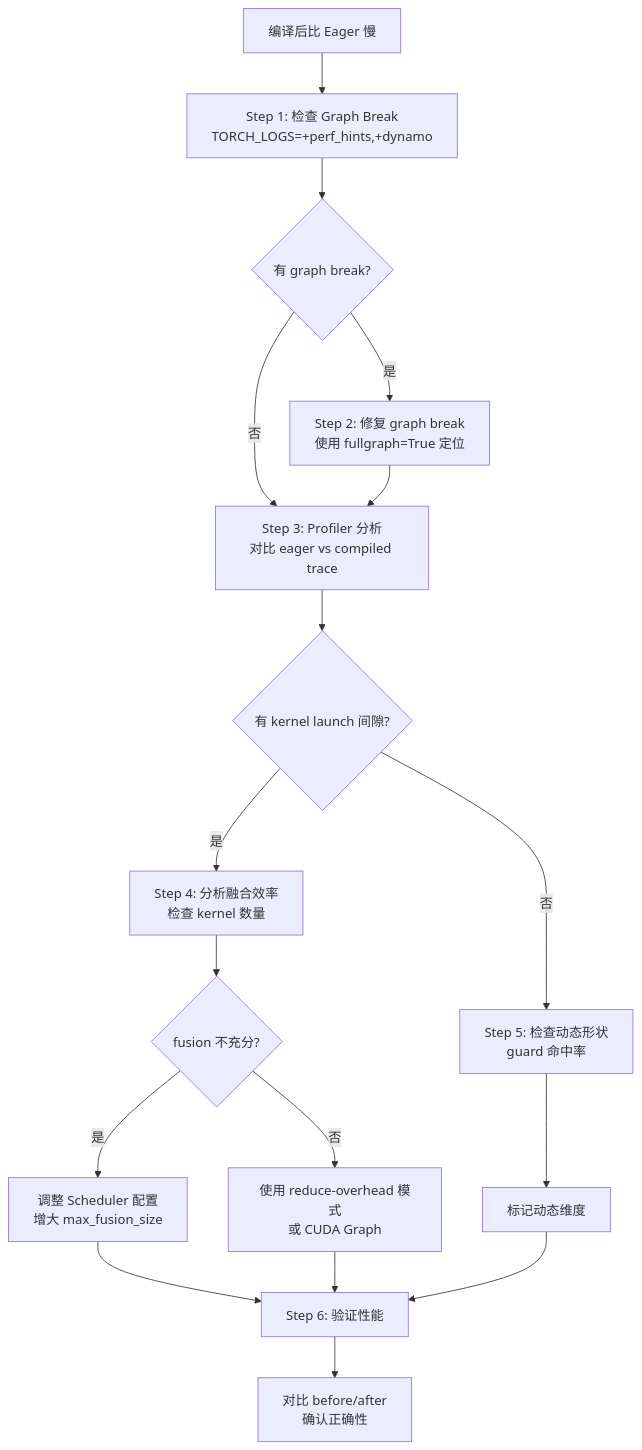
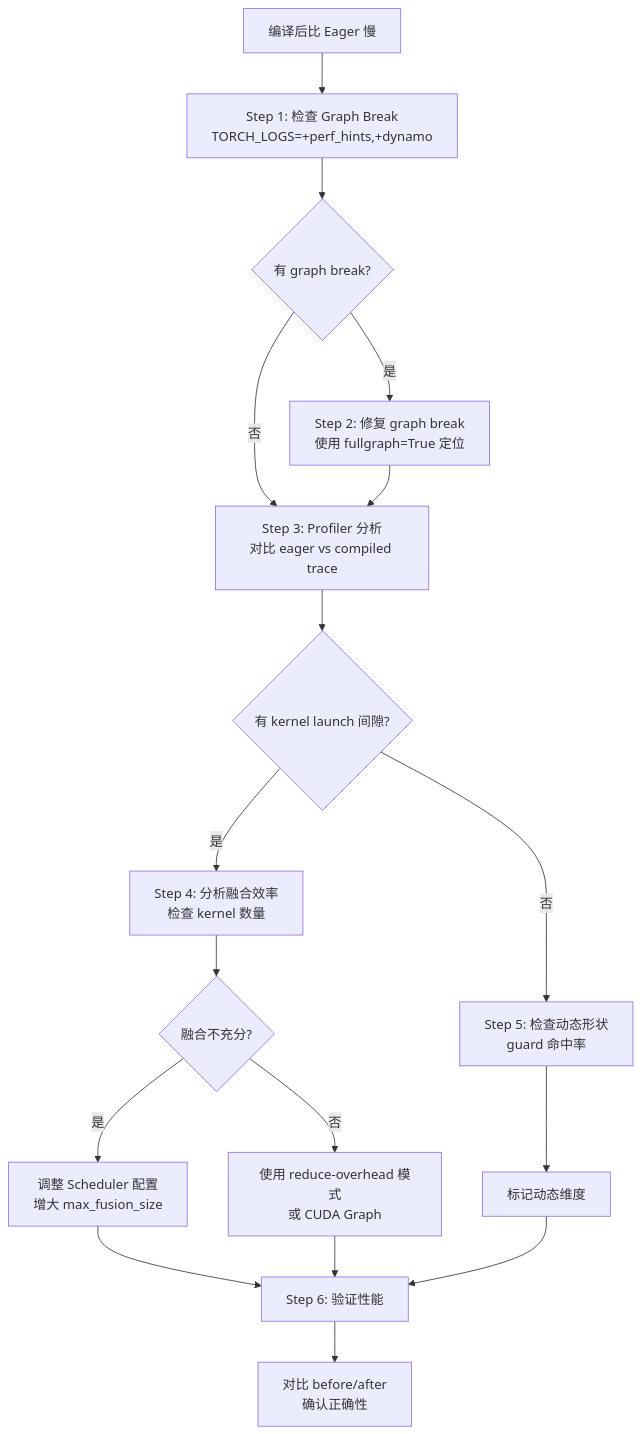
Before and after one commit to noisystreet/deep_dive_into_torch_compile: the first of 3 diagrams in source/chapter_08_debug/07_end_to_end_debugging.rst, drawn with Mermaid. The commit also changed other lines of this file and 21 other files, not shown here.

```diff
--- a/source/chapter_08_debug/07_end_to_end_debugging.rst
+++ b/source/chapter_08_debug/07_end_to_end_debugging.rst
@@ -60,19 +60,19 @@
 .. mermaid::
 
    graph TD
        A["编译后比 Eager 慢"] --> B["Step 1: 检查 Graph Break<br/>TORCH_LOGS=+perf_hints,+dynamo"]
        B --> C{"有 graph break?"}
        C -->|"是"| D["Step 2: 修复 graph break<br/>使用 fullgraph=True 定位"]
        C -->|"否"| E["Step 3: Profiler 分析<br/>对比 eager vs compiled trace"]
        D --> E
        E --> F{"有 kernel launch 间隙?"}
        F -->|"是"| G["Step 4: 分析融合效率<br/>检查 kernel 数量"]
        F -->|"否"| H["Step 5: 检查动态形状<br/>guard 命中率"]
-       G --> I{"fusion 不充分?"}
+       G --> I{"融合不充分?"}
        I -->|"是"| J["调整 Scheduler 配置<br/>增大 max_fusion_size"]
        I -->|"否"| K["使用 reduce-overhead 模式<br/>或 CUDA Graph"]
        H --> L["标记动态维度"]
        J --> M["Step 6: 验证性能"]
        K --> M
        L --> M
        M --> N["对比 before/after<br/>确认正确性"]
```
